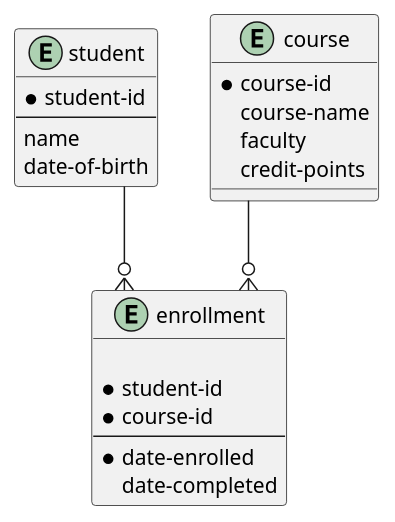
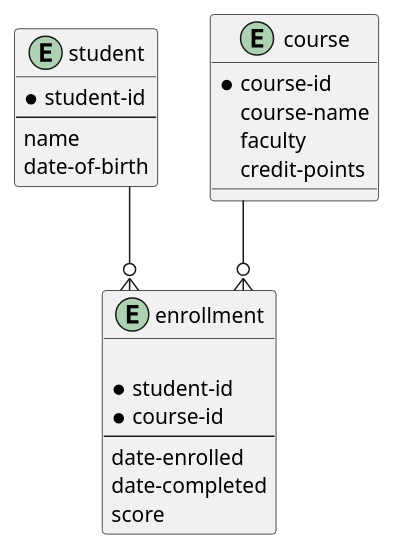
Before and after one commit to couchbaselabs/docs-devex: the diagram in modules/tutorials/partials/diagrams/student-record-erd.puml, drawn with PlantUML. The commit also changed 21 other files, not shown here.

```diff
--- a/modules/tutorials/partials/diagrams/student-record-erd.puml
+++ b/modules/tutorials/partials/diagrams/student-record-erd.puml
@@ -1,31 +1,32 @@
 @startuml
 skinparam linetype ortho
 entity student {
   * student-id
 --
     name
     date-of-birth
 }
 
 
 entity course {
   * course-id
     course-name
     faculty
     credit-points
 }
 
 entity enrollment {
 
     * student-id
     * course-id
 --
-    * date-enrolled
+      date-enrolled
       date-completed
+      score
 }
 
 
 student --o{ enrollment
 course --o{ enrollment
 
 @enduml
```
